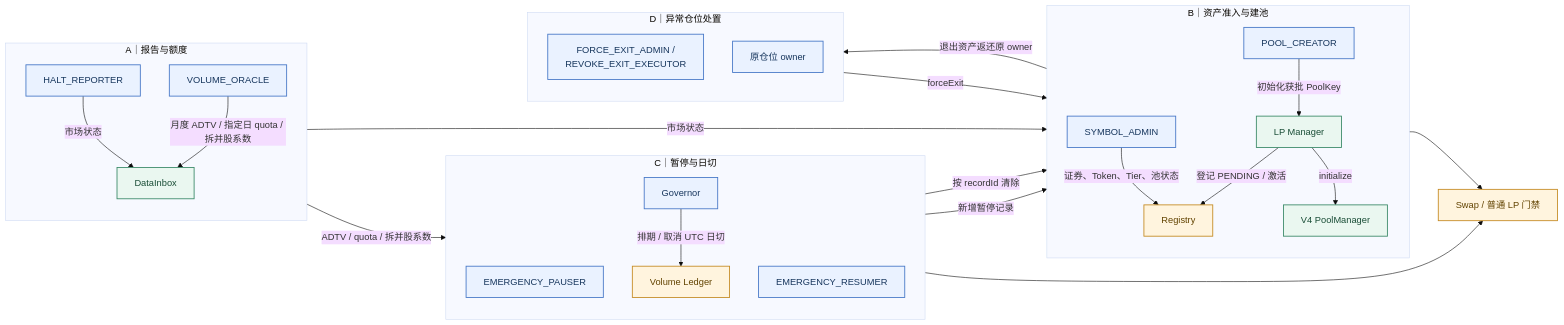
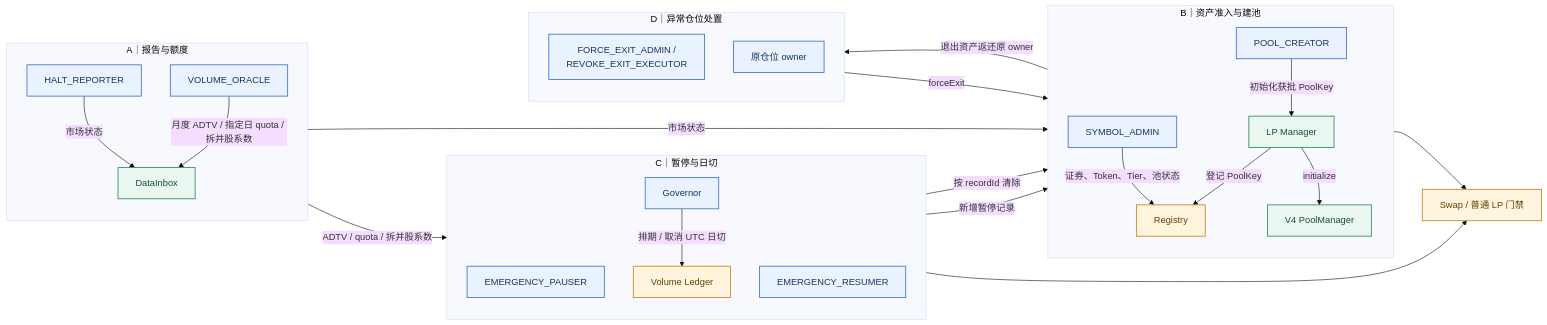
Before and after one commit to okx/tsv: the third of 7 diagrams in docs/SYSTEMS_OVERVIEW.md, drawn with Mermaid (base theme). The commit also changed other lines of this file and 81 other files, not shown here.

````diff
--- a/docs/SYSTEMS_OVERVIEW.md
+++ b/docs/SYSTEMS_OVERVIEW.md
@@ -205,50 +205,50 @@
 ```mermaid
 flowchart LR
   subgraph REPORTS["A｜报告与额度"]
     direction TB
     HR["HALT_REPORTER"] -->|"市场状态"| DI["DataInbox"]
     VO["VOLUME_ORACLE"] -->|"月度 ADTV / 指定日 quota / 拆并股系数"| DI
   end
 
   subgraph ASSETS["B｜资产准入与建池"]
     direction TB
     SA["SYMBOL_ADMIN"] -->|"证券、Token、Tier、池状态"| RG["Registry"]
     PC["POOL_CREATOR"] -->|"初始化获批 PoolKey"| LP["LP Manager"]
-    LP -->|"登记 PENDING / 激活"| RG
+    LP -->|"登记 PoolKey"| RG
     LP -->|"initialize"| PM["V4 PoolManager"]
   end
 
   subgraph CONTROL["C｜暂停与日切"]
     direction TB
     EP["EMERGENCY_PAUSER"] -->|"新增暂停记录"| RG
     ER["EMERGENCY_RESUMER"] -->|"按 recordId 清除"| RG
     GOV["Governor"] -->|"排期 / 取消 UTC 日切"| VL["Volume Ledger"]
   end
 
   subgraph EXIT["D｜异常仓位处置"]
     direction TB
     FX["FORCE_EXIT_ADMIN /<br/>REVOKE_EXIT_EXECUTOR"] -->|"forceExit"| LP
     PM -->|"退出资产返还原 owner"| OWNER["原仓位 owner"]
   end
 
   DI -->|"市场状态"| RG
   DI -->|"ADTV / quota / 拆并股系数"| VL
   RG --> G["Swap / 普通 LP 门禁"]
   VL --> G
 
   style HR fill:#EAF2FF,stroke:#4778C7,color:#17365D,stroke-width:1.5px
   style VO fill:#EAF2FF,stroke:#4778C7,color:#17365D,stroke-width:1.5px
   style SA fill:#EAF2FF,stroke:#4778C7,color:#17365D,stroke-width:1.5px
   style PC fill:#EAF2FF,stroke:#4778C7,color:#17365D,stroke-width:1.5px
   style EP fill:#EAF2FF,stroke:#4778C7,color:#17365D,stroke-width:1.5px
   style ER fill:#EAF2FF,stroke:#4778C7,color:#17365D,stroke-width:1.5px
   style GOV fill:#EAF2FF,stroke:#4778C7,color:#17365D,stroke-width:1.5px
   style FX fill:#EAF2FF,stroke:#4778C7,color:#17365D,stroke-width:1.5px
   style OWNER fill:#EAF2FF,stroke:#4778C7,color:#17365D,stroke-width:1.5px
   style DI fill:#EAF7F0,stroke:#3B8A68,color:#194D36,stroke-width:1.5px
   style LP fill:#EAF7F0,stroke:#3B8A68,color:#194D36,stroke-width:1.5px
   style PM fill:#EAF7F0,stroke:#3B8A68,color:#194D36,stroke-width:1.5px
   style RG fill:#FFF4DE,stroke:#C58B24,color:#624300,stroke-width:1.5px
   style VL fill:#FFF4DE,stroke:#C58B24,color:#624300,stroke-width:1.5px
   style G fill:#FFF4DE,stroke:#C58B24,color:#624300,stroke-width:1.5px
 ```
````
